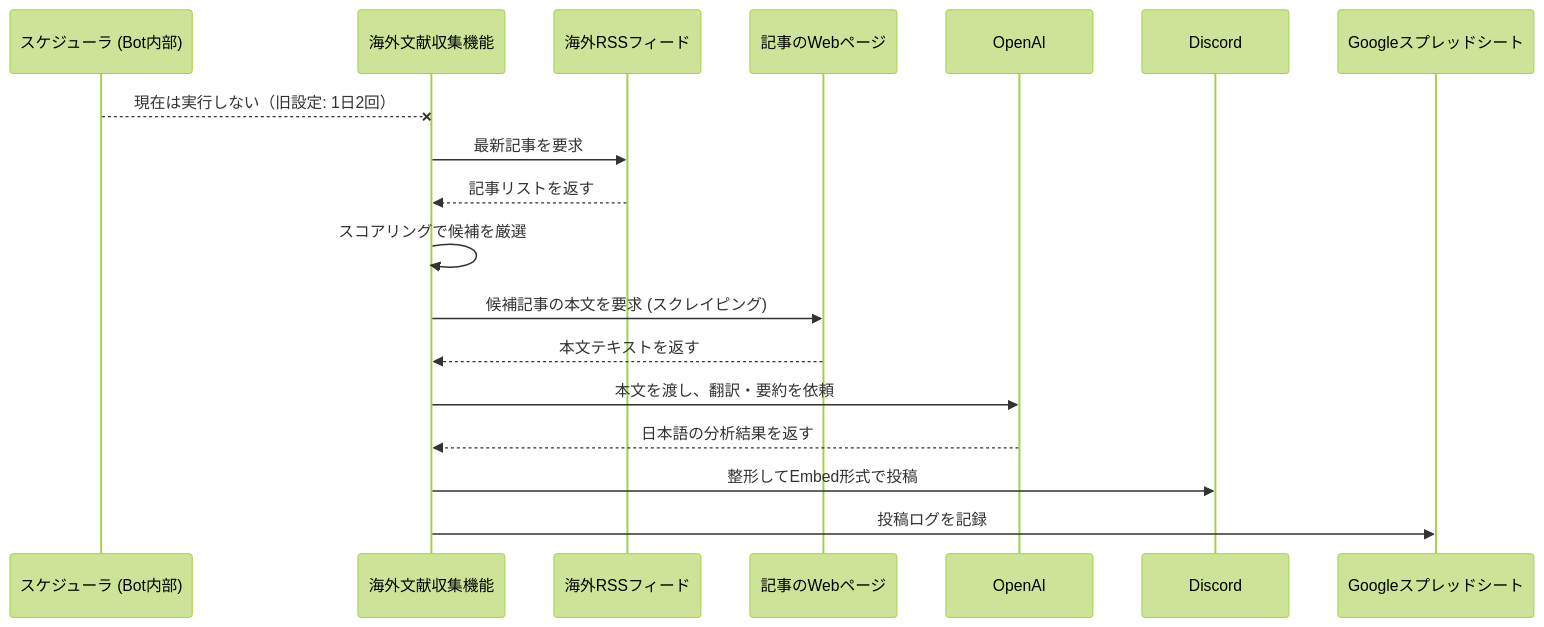
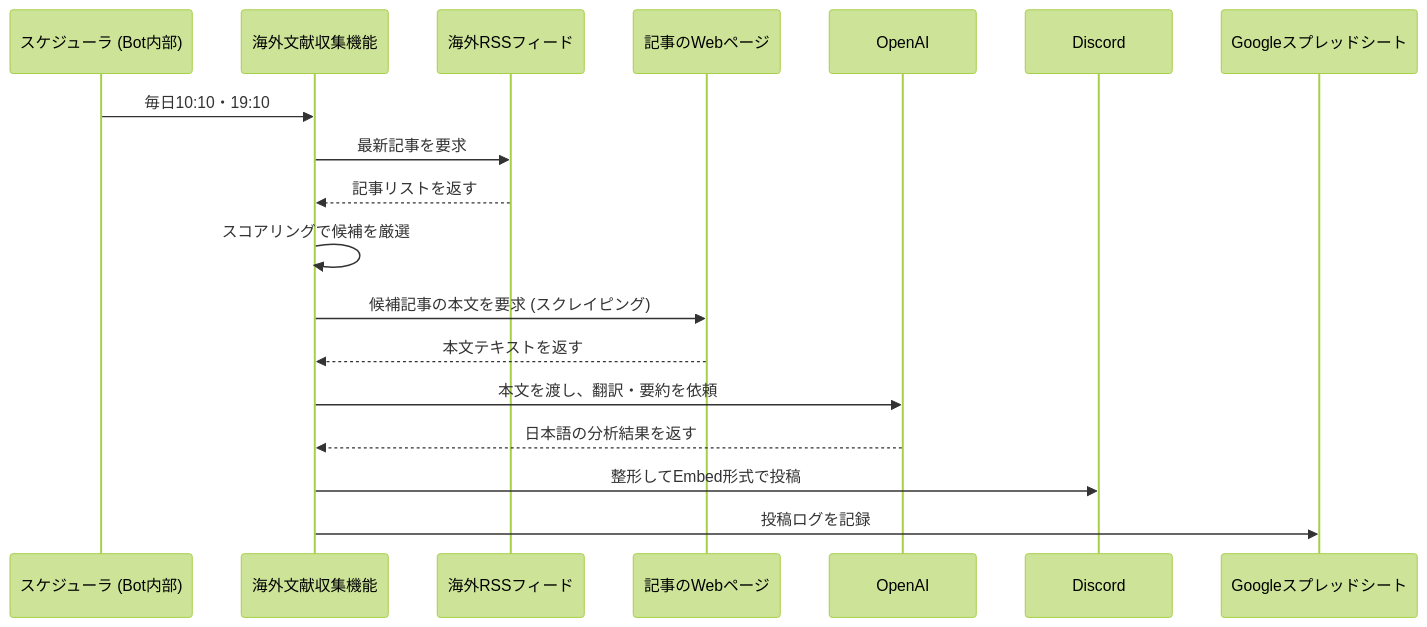
Before and after one commit to Metagri-Bot/daily-news-bot: the fifth of 9 diagrams in README.md, drawn with Mermaid (forest theme). The commit also changed other lines of this file and 3 other files, not shown here.

````diff
--- a/README.md
+++ b/README.md
@@ -151,21 +151,21 @@
 ```mermaid
 sequenceDiagram
     participant Scheduler as スケジューラ (Bot内部)
     participant GlobalTask as 海外文献収集機能
     participant NewsSites as 海外RSSフィード
     participant WebPage as 記事のWebページ
     participant OpenAI
     participant Discord
     participant GoogleSheets as Googleスプレッドシート
 
-    Scheduler--xGlobalTask: 現在は実行しない（旧設定: 1日2回）
+    Scheduler->>GlobalTask: 毎日10:10・19:10
     GlobalTask->>NewsSites: 最新記事を要求
     NewsSites-->>GlobalTask: 記事リストを返す
     GlobalTask->>GlobalTask: スコアリングで候補を厳選
     GlobalTask->>WebPage: 候補記事の本文を要求 (スクレイピング)
     WebPage-->>GlobalTask: 本文テキストを返す
     GlobalTask->>OpenAI: 本文を渡し、翻訳・要約を依頼
     OpenAI-->>GlobalTask: 日本語の分析結果を返す
     GlobalTask->>Discord: 整形してEmbed形式で投稿
     GlobalTask->>GoogleSheets: 投稿ログを記録
 ```
````
